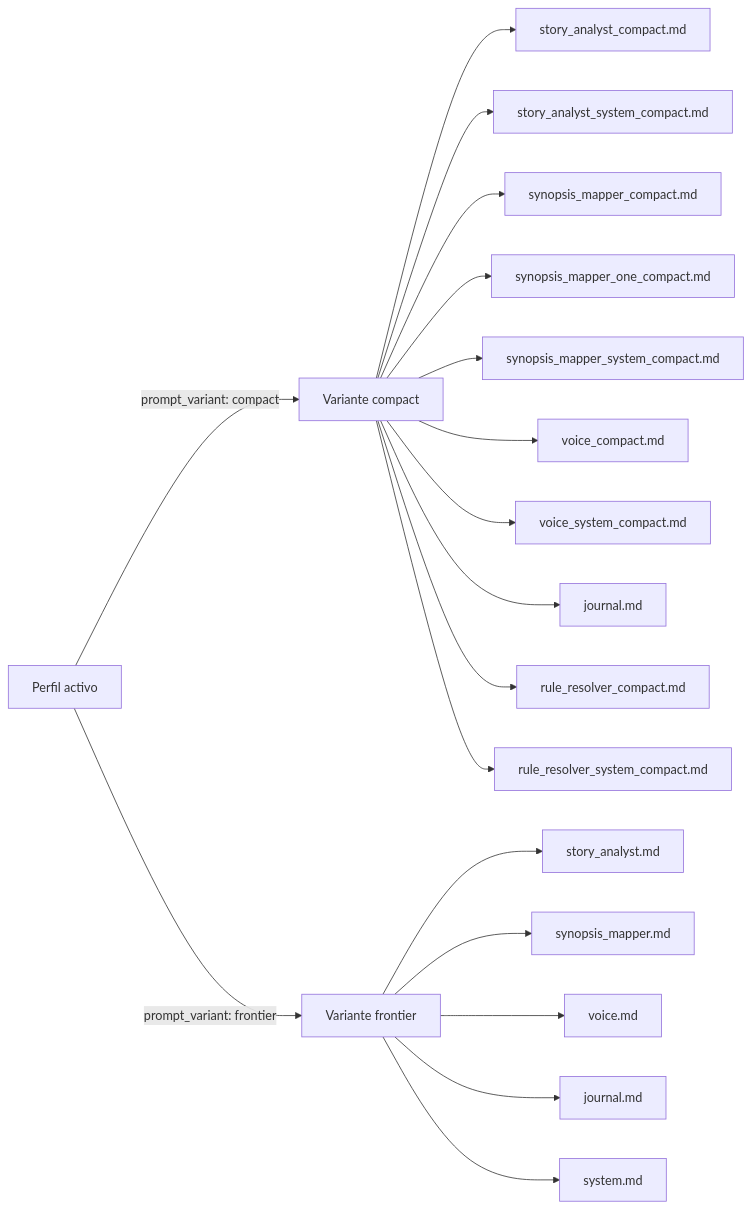
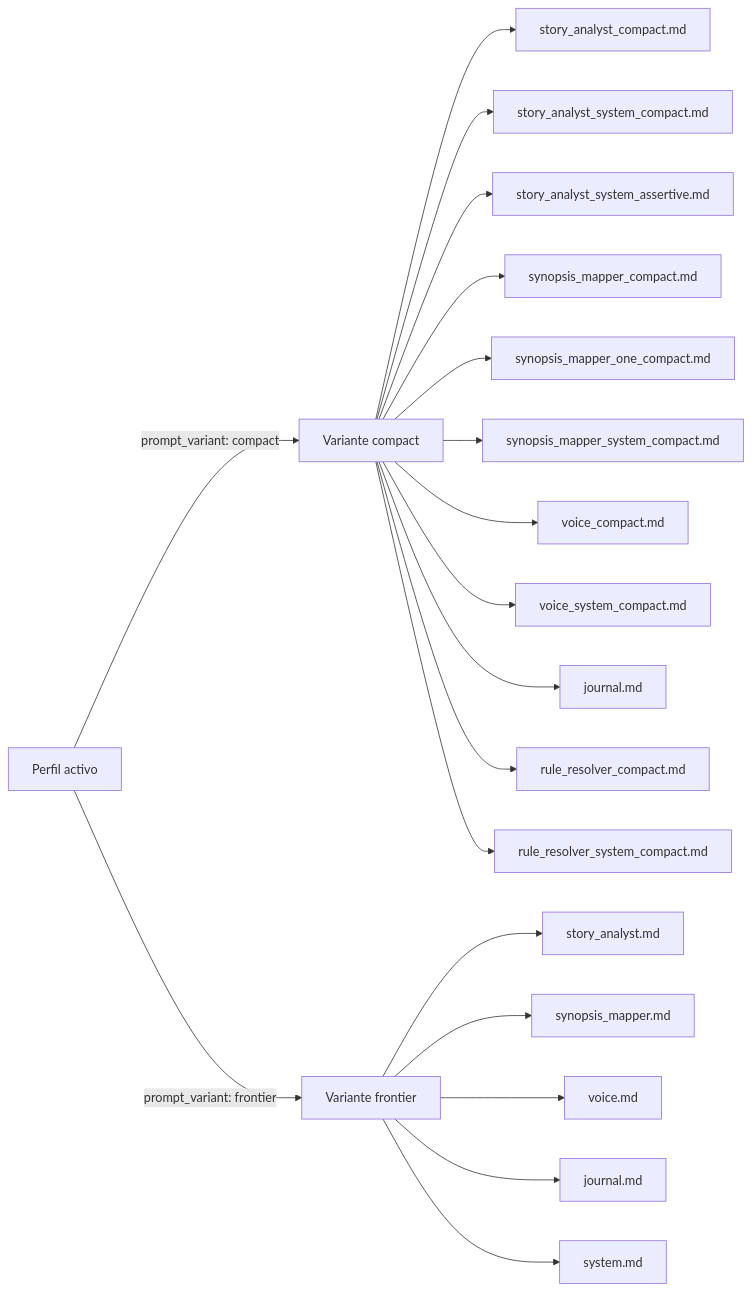
The third of 4 diagrams in README.md (rledesma912/automated_narrative), drawn with Mermaid before and after one commit. The commit also changed other lines of this file and 25 other files, not shown here.

````diff
--- a/README.md
+++ b/README.md
@@ -140,22 +141,23 @@
 ```mermaid
 flowchart LR
     P[Perfil activo] -->|prompt_variant: compact| C[Variante compact]
     P -->|prompt_variant: frontier| F[Variante frontier]
 
     C --> CS1[story_analyst_compact.md]
     C --> CS2[story_analyst_system_compact.md]
+    C --> CS3[story_analyst_system_assertive.md]
     C --> CSM[synopsis_mapper_compact.md]
     C --> CSM1[synopsis_mapper_one_compact.md]
     C --> CSM_SYS[synopsis_mapper_system_compact.md]
     C --> CV[voice_compact.md]
     C --> CV_SYS[voice_system_compact.md]
     C --> CJ[journal.md]
     C --> CR[rule_resolver_compact.md]
     C --> CR_SYS[rule_resolver_system_compact.md]
 
     F --> F1[story_analyst.md]
     F --> F2[synopsis_mapper.md]
     F --> F3[voice.md]
     F --> F4[journal.md]
     F --> F5[system.md]
 ```
````
